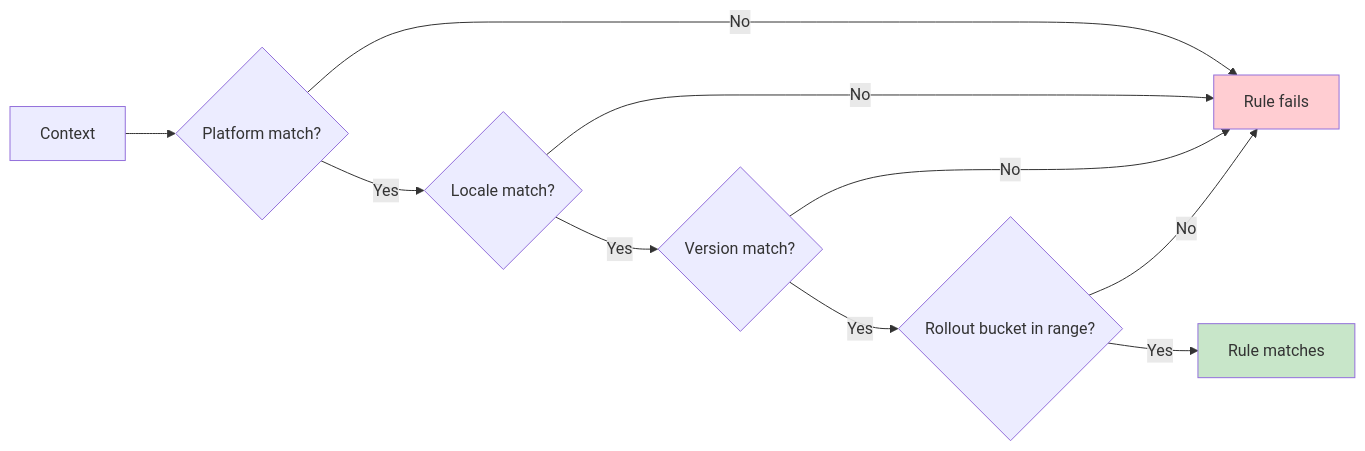
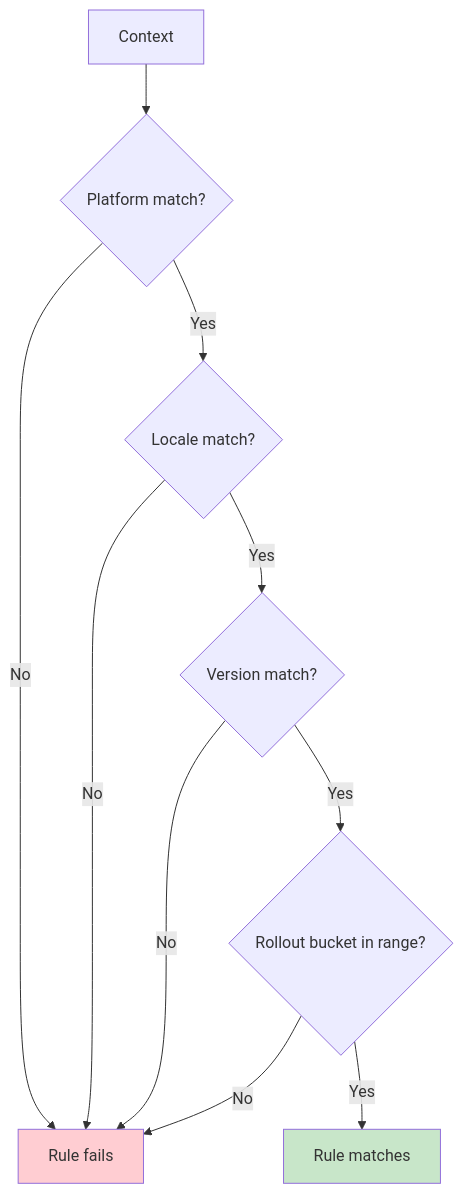
The first of 3 diagrams in docs/04-targeting-rollouts.md (amichne/konditional), drawn with Mermaid before and after one commit. The commit also changed other lines of this file and 10 other files, not shown here.

````diff
--- a/docs/04-targeting-rollouts.md
+++ b/docs/04-targeting-rollouts.md
@@ -99,14 +99,14 @@
 ```mermaid
-flowchart LR
+flowchart TD
   Ctx["Context"] --> P{Platform match?}
   P -->|No| Skip["Rule fails"]
   P -->|Yes| L{Locale match?}
   L -->|No| Skip
   L -->|Yes| V{Version match?}
   V -->|No| Skip
   V -->|Yes| R{Rollout bucket in range?}
   R -->|No| Skip
   R -->|Yes| Win["Rule matches"]
   style Win fill:#c8e6c9
   style Skip fill:#ffcdd2
 ```
````
